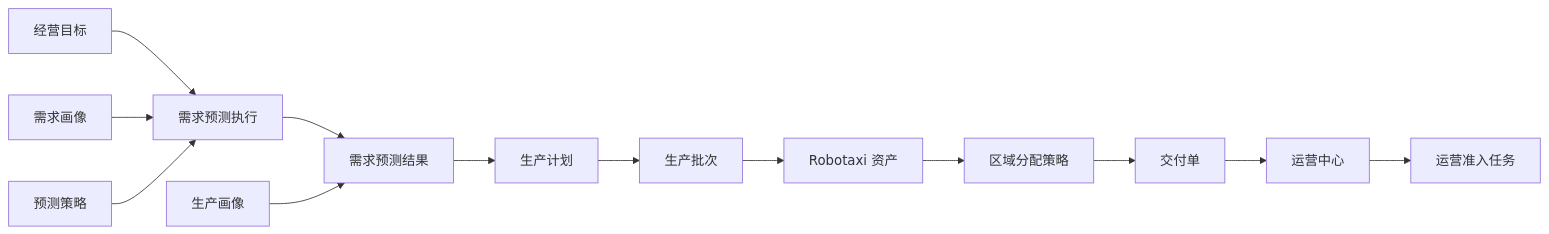
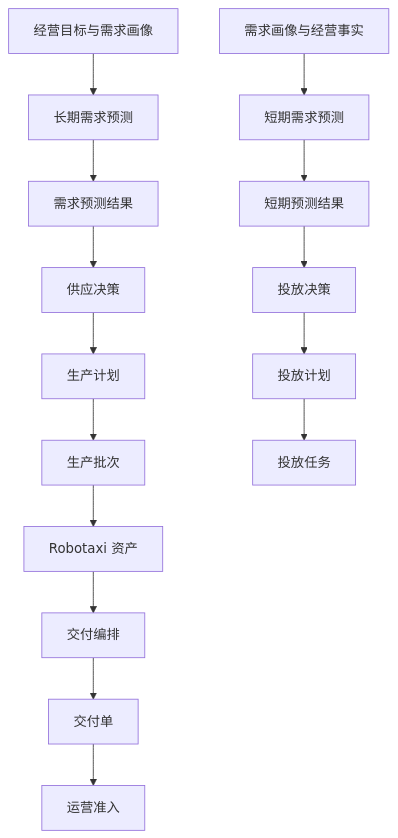
Before and after one commit to Chizheng4/robotaxi: diagram 12 of 12 in README.md, drawn with Mermaid. The commit also changed other lines of this file and 35 other files, not shown here.

````diff
--- a/README.md
+++ b/README.md
@@ -267,15 +267,6 @@
 ```mermaid
-flowchart LR
-  A["经营目标"] --> B["需求预测执行"]
-  C["需求画像"] --> B
-  D["预测策略"] --> B
-  B --> E["需求预测结果"]
-  F["生产画像"] --> E
-  E --> G["生产计划"]
-  G --> H["生产批次"]
-  H --> I["Robotaxi 资产"]
-  I --> J["区域分配策略"]
-  J --> K["交付单"]
-  K --> L["运营中心"]
-  L --> M["运营准入任务"]
+flowchart TB
+  A["经营目标与需求画像"] --> B["长期需求预测"] --> C["需求预测结果"] --> D["供应决策"] --> E["生产计划"]
+  E --> F["生产批次"] --> G["Robotaxi 资产"] --> H["交付编排"] --> I["交付单"] --> J["运营准入"]
+  K["需求画像与经营事实"] --> L["短期需求预测"] --> M["短期预测结果"] --> N["投放决策"] --> O["投放计划"] --> P["投放任务"]
 ```
````
